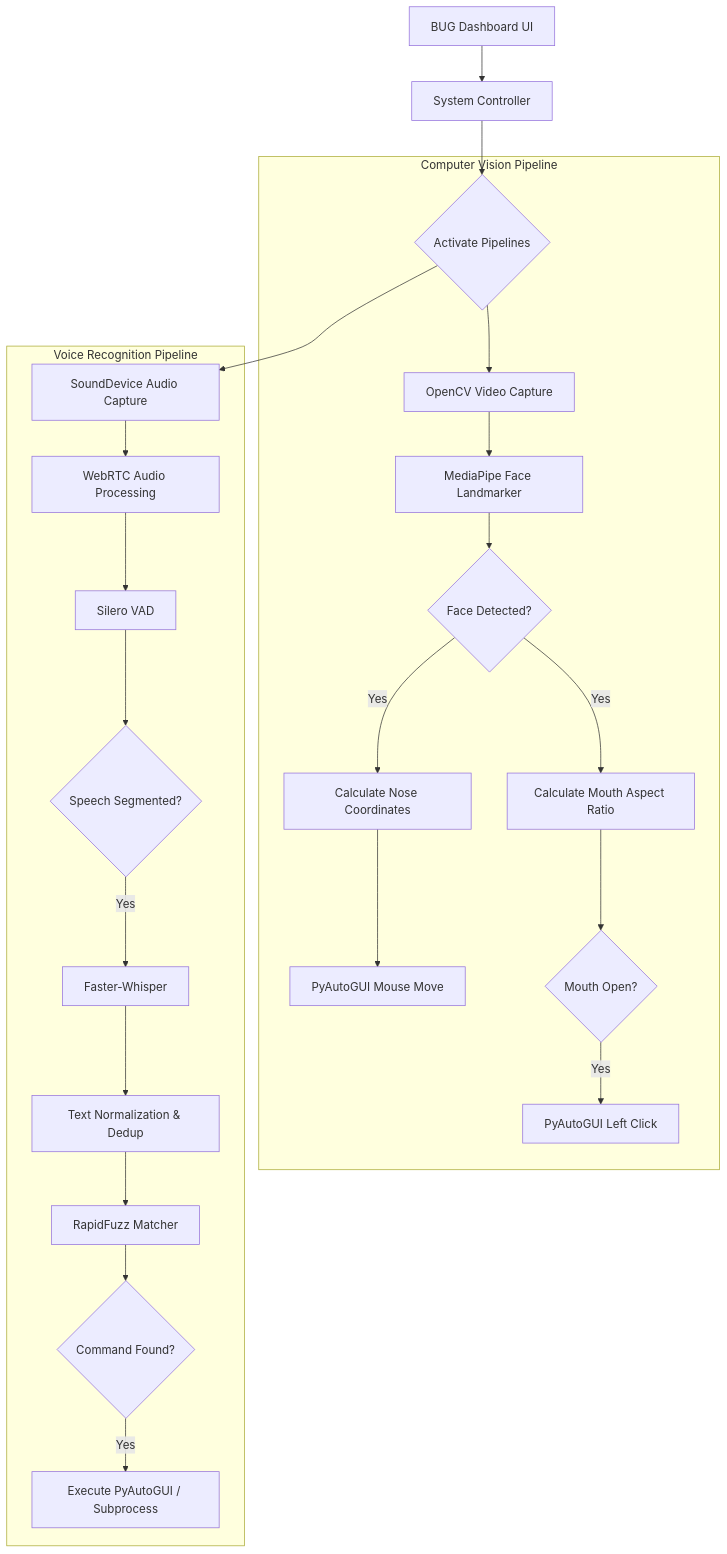
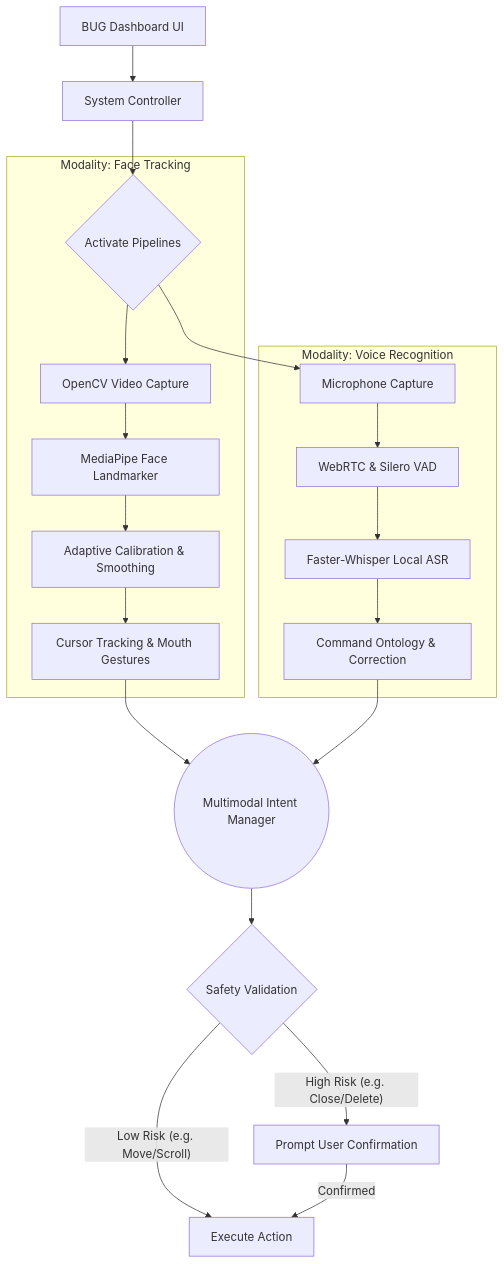
One commit to maj-afe/Group-7-s-Projects-Repository changed the first of 2 diagrams in README.md. Above: the diagram before and after it, drawn with Mermaid. The commit also changed other lines of this file and 1 other file, not shown here.

Commit message:
docs: formalize research roadmap and update architecture

````diff
--- a/README.md
+++ b/README.md
@@ -70,28 +72,27 @@
 ```mermaid
 graph TD
     A[BUG Dashboard UI] --> B[System Controller]
     B --> C{Activate Pipelines}
 
-    subgraph Computer Vision Pipeline
+    subgraph Modality: Face Tracking
     C --> D[OpenCV Video Capture]
     D --> E[MediaPipe Face Landmarker]
-    E --> F{Face Detected?}
-    F -- Yes --> G[Calculate Nose Coordinates]
-    F -- Yes --> H[Calculate Mouth Aspect Ratio]
-    G --> I[PyAutoGUI Mouse Move]
-    H --> J{Mouth Open?}
-    J -- Yes --> K[PyAutoGUI Left Click]
+    E --> F[Adaptive Calibration & Smoothing]
+    F --> G[Cursor Tracking & Mouth Gestures]
     end
 
-    subgraph Voice Recognition Pipeline
-    C --> L[SoundDevice Audio Capture]
-    L --> M[WebRTC Audio Processing]
-    M --> N[Silero VAD]
-    N --> O{Speech Segmented?}
-    O -- Yes --> P[Faster-Whisper]
-    P --> Q[Text Normalization & Dedup]
-    Q --> R[RapidFuzz Matcher]
-    R --> S{Command Found?}
-    S -- Yes --> T[Execute PyAutoGUI / Subprocess]
+    subgraph Modality: Voice Recognition
+    C --> H[Microphone Capture]
+    H --> I[WebRTC & Silero VAD]
+    I --> J[Faster-Whisper Local ASR]
+    J --> K[Command Ontology & Correction]
     end
+
+    G --> L((Multimodal Intent Manager))
+    K --> L
+
+    L --> M{Safety Validation}
+    M -- Low Risk (e.g. Move/Scroll) --> N[Execute Action]
+    M -- High Risk (e.g. Close/Delete) --> O[Prompt User Confirmation]
+    O -- Confirmed --> N
 ```
````
